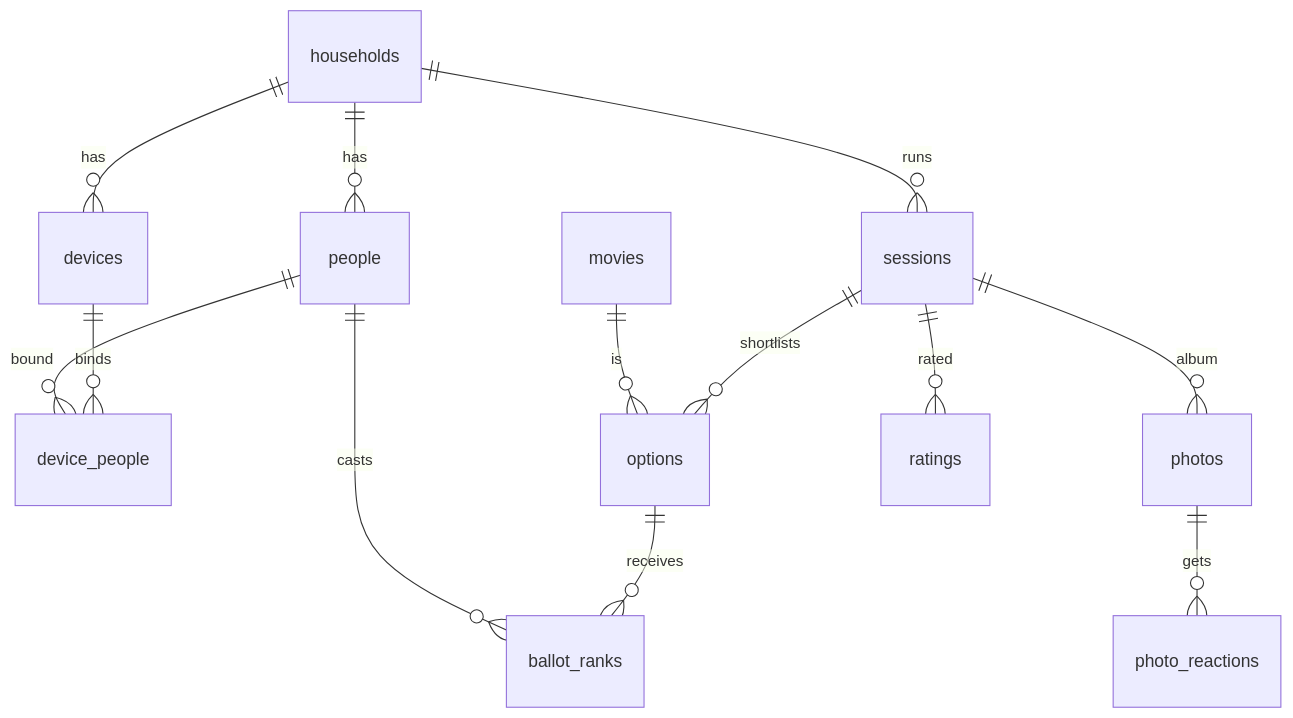
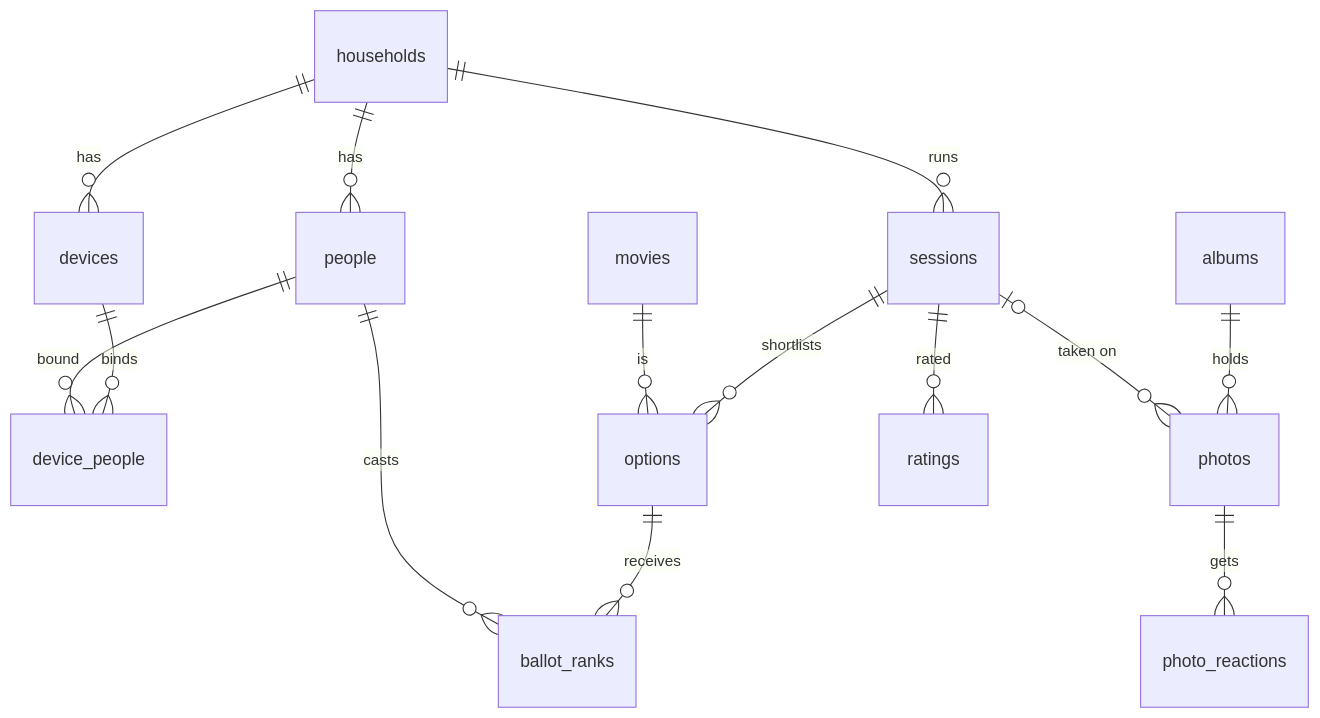
The diagram in docs/architecture/05-data.md (one-repo-to-rule-them-all/FamilyNightHub), drawn with Mermaid before and after one commit. The commit also changed other lines of this file and 48 other files, not shown here.

````diff
--- a/docs/architecture/05-data.md
+++ b/docs/architecture/05-data.md
@@ -44,15 +45,16 @@
 ```mermaid
 erDiagram
     households ||--o{ people : has
     households ||--o{ devices : has
     devices ||--o{ device_people : binds
     people ||--o{ device_people : bound
     households ||--o{ sessions : runs
     sessions ||--o{ options : shortlists
     movies ||--o{ options : "is"
     options ||--o{ ballot_ranks : receives
     people ||--o{ ballot_ranks : casts
-    sessions ||--o{ photos : album
+    albums ||--o{ photos : holds
+    sessions |o--o{ photos : "taken on"
     photos ||--o{ photo_reactions : gets
     sessions ||--o{ ratings : rated
 ```
````
